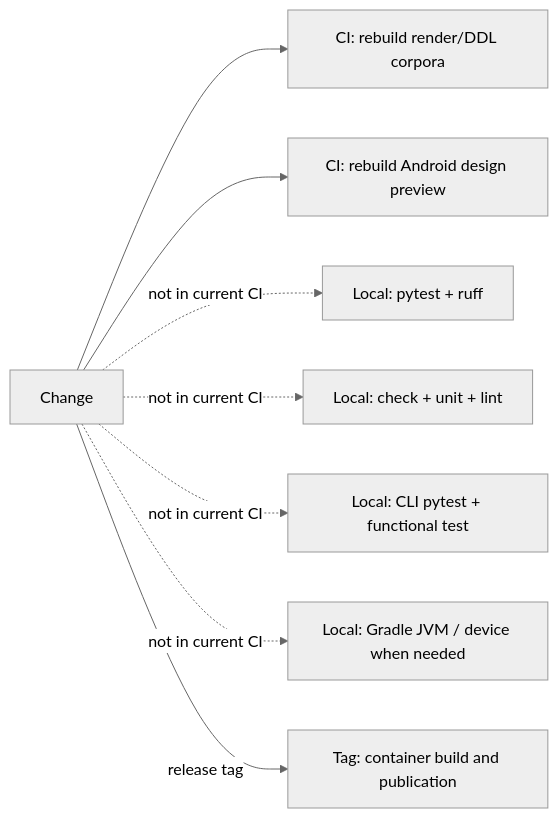
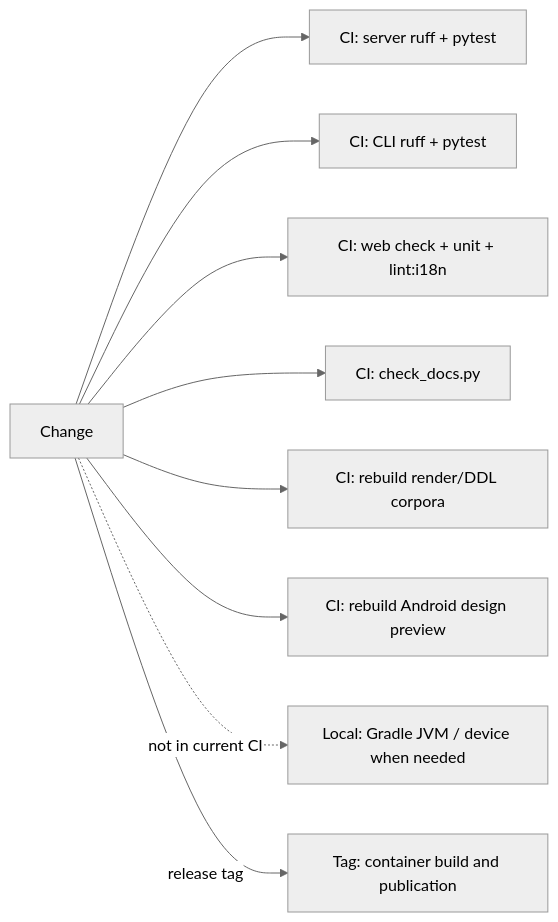
The diagram in docs/architecture/change-impact-map.md (oikawas/inku-lang), drawn with Mermaid (neutral theme) before and after one commit. The commit also changed other lines of this file and 24 other files, not shown here.

First line of the commit message:
docs(architecture): the notes catch up with the tree and two new pairs join the gate

````diff
--- a/docs/architecture/change-impact-map.md
+++ b/docs/architecture/change-impact-map.md
@@ -24,19 +24,21 @@
 ```mermaid
 flowchart LR
     CHANGE["Change"]
+    CI_SERVER["CI: server ruff + pytest"]
+    CI_CLI["CI: CLI ruff + pytest"]
+    CI_WEB["CI: web check + unit + lint:i18n"]
+    CI_DOCS["CI: check_docs.py"]
     CI_CORPUS["CI: rebuild render/DDL corpora"]
     CI_PREVIEW["CI: rebuild Android design preview"]
-    LOCAL_SERVER["Local: pytest + ruff"]
-    LOCAL_WEB["Local: check + unit + lint"]
-    LOCAL_CLI["Local: CLI pytest + functional test"]
     LOCAL_ANDROID["Local: Gradle JVM / device when needed"]
     RELEASE["Tag: container build and publication"]
 
+    CHANGE --> CI_SERVER
+    CHANGE --> CI_CLI
+    CHANGE --> CI_WEB
+    CHANGE --> CI_DOCS
     CHANGE --> CI_CORPUS
     CHANGE --> CI_PREVIEW
-    CHANGE -.->|"not in current CI"| LOCAL_SERVER
-    CHANGE -.->|"not in current CI"| LOCAL_WEB
-    CHANGE -.->|"not in current CI"| LOCAL_CLI
     CHANGE -.->|"not in current CI"| LOCAL_ANDROID
     CHANGE -->|"release tag"| RELEASE
 ```
````
